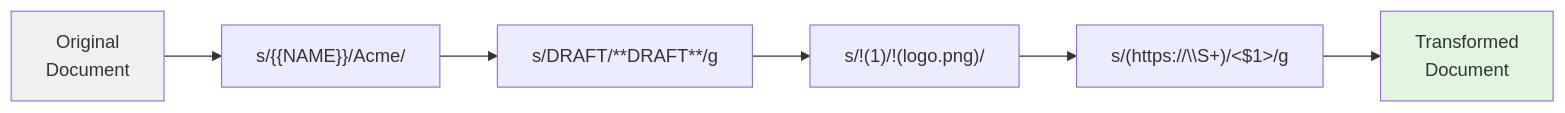
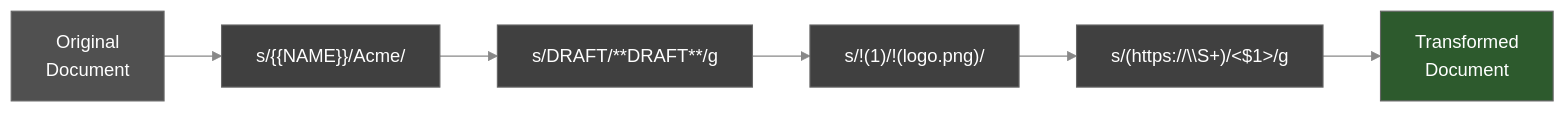
One commit to visionik/sedmat changed the eighth of 8 diagrams in README.md. Above: the diagram before and after it, drawn with Mermaid. The commit also changed other lines of this file, not shown here.

First line of the commit message:
fix: escape special chars in Mermaid diagrams and apply dark theme

````diff
--- a/README.md
+++ b/README.md
@@ -795,11 +802,12 @@
 ```mermaid
+%%{init: {'theme': 'base', 'themeVariables': { 'primaryColor': '#404040', 'primaryTextColor': '#ffffff', 'primaryBorderColor': '#666666', 'lineColor': '#888888', 'secondaryColor': '#505050', 'tertiaryColor': '#333333', 'background': '#1a1a1a' }}}%%
 flowchart LR
     DOC[Original<br/>Document] --> E1["s/{{NAME}}/Acme/"]
     E1 --> E2["s/DRAFT/**DRAFT**/g"]
-    E2 --> E3["s/!(1)/!(logo.png)/"]
-    E3 --> E4["s/(https://\\S+)/<$1>/g"]
+    E2 --> E3["s/!#40;1#41;/!#40;logo.png#41;/"]
+    E3 --> E4["s/#40;https://\\S+#41;/#60;$1#62;/g"]
     E4 --> OUT[Transformed<br/>Document]
     
-    style DOC fill:#f0f0f0
-    style OUT fill:#e1f5e1
+    style DOC fill:#505050,color:#ffffff
+    style OUT fill:#2d5a2d,color:#ffffff
 ```
````
